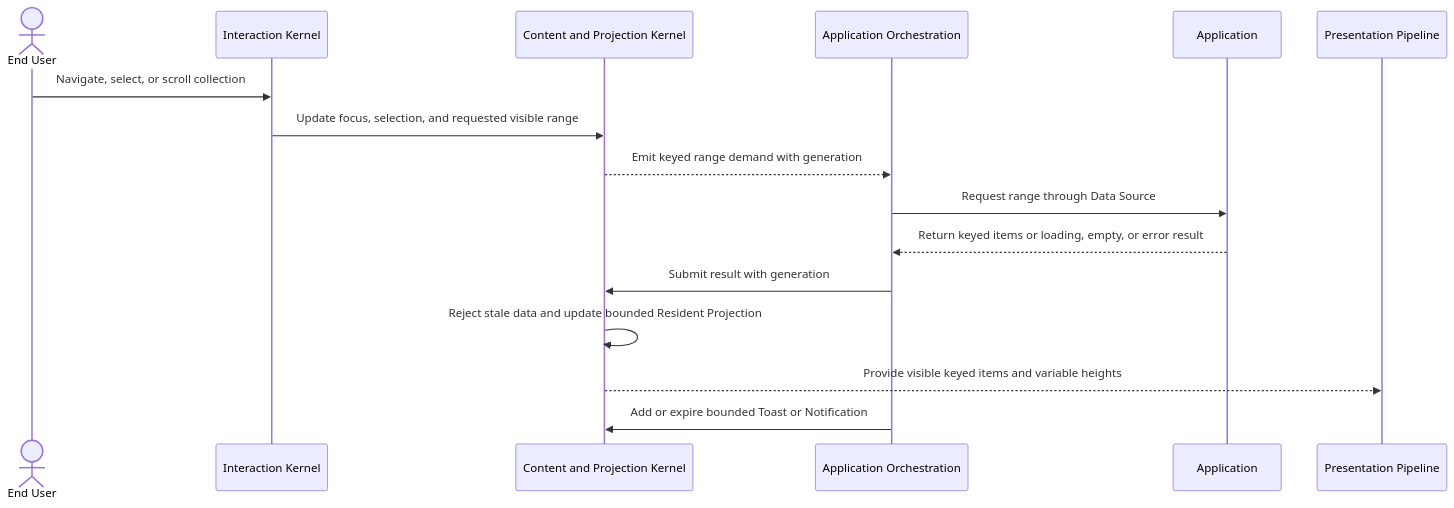
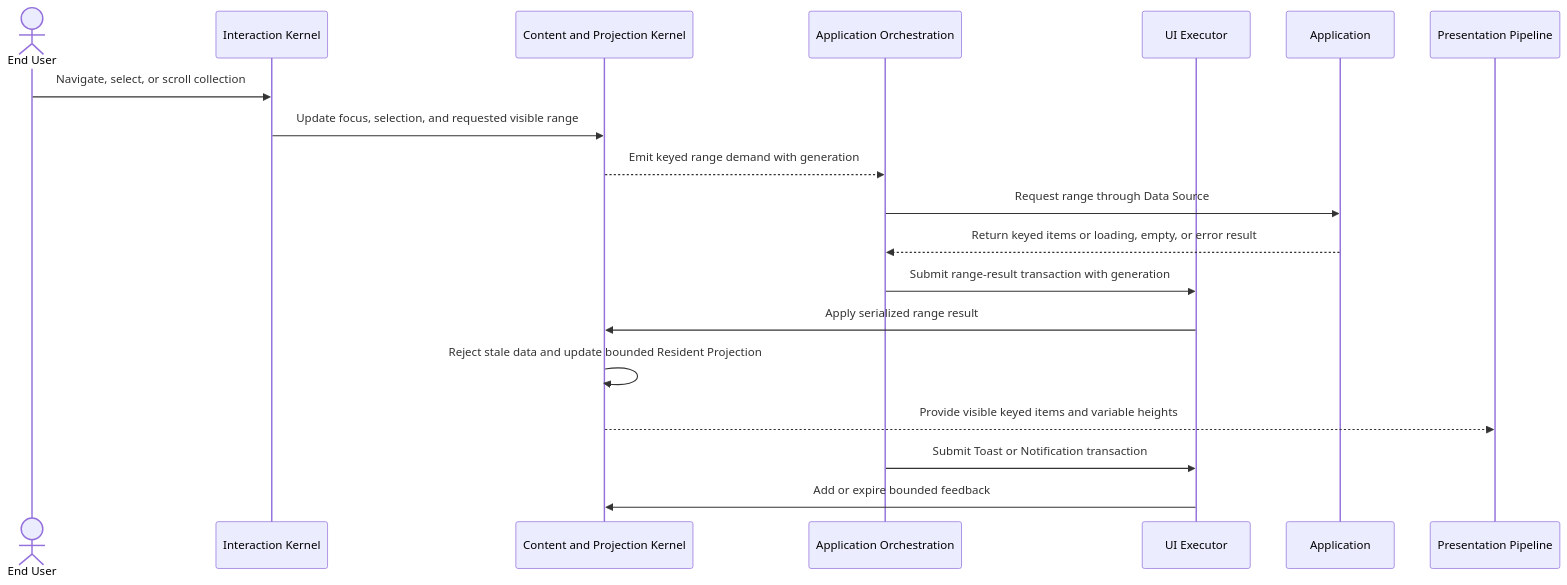
One commit to Tuvren/tuvren-tui changed the diagram in .constitution/architecture/flows/virtual-collection-feedback.md. Above: the diagram before and after it, drawn with Mermaid. The commit also changed 4 other files, not shown here.

````diff
--- a/.constitution/architecture/flows/virtual-collection-feedback.md
+++ b/.constitution/architecture/flows/virtual-collection-feedback.md
@@ -9,19 +9,22 @@
 ```mermaid
 sequenceDiagram
     actor EU as End User
     participant Interact as Interaction Kernel
     participant Content as Content and Projection Kernel
     participant Orch as Application Orchestration
+    participant Exec as UI Executor
     participant App as Application
     participant Present as Presentation Pipeline
 
     EU->>Interact: Navigate, select, or scroll collection
     Interact->>Content: Update focus, selection, and requested visible range
     Content-->>Orch: Emit keyed range demand with generation
     Orch->>App: Request range through Data Source
     App-->>Orch: Return keyed items or loading, empty, or error result
-    Orch->>Content: Submit result with generation
+    Orch->>Exec: Submit range-result transaction with generation
+    Exec->>Content: Apply serialized range result
     Content->>Content: Reject stale data and update bounded Resident Projection
     Content-->>Present: Provide visible keyed items and variable heights
-    Orch->>Content: Add or expire bounded Toast or Notification
+    Orch->>Exec: Submit Toast or Notification transaction
+    Exec->>Content: Add or expire bounded feedback
 ```
````
